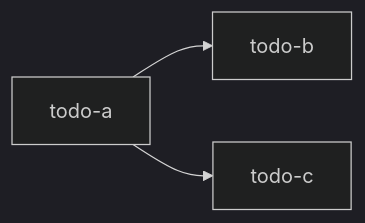
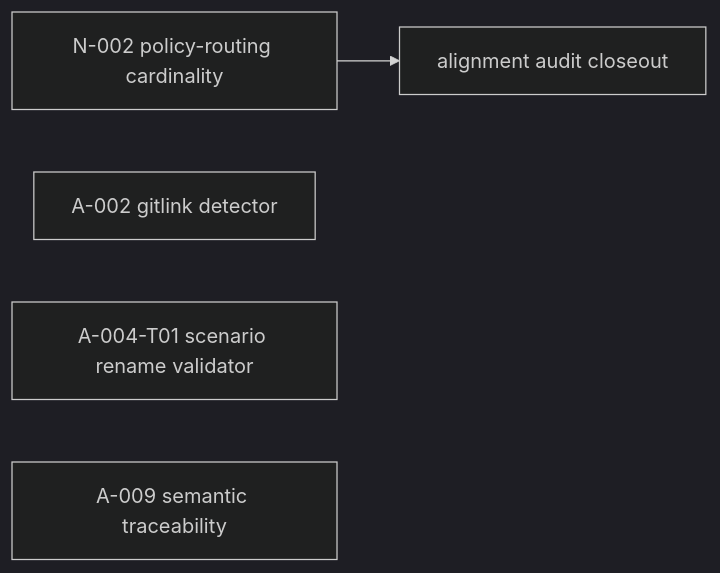
Before and after one commit to ethan-jiang-1/ai_deerflow_deep_research_v2: the diagram in _backlog/todos/README.md, drawn with Mermaid (dark theme). The commit also changed other lines of this file and 18 other files, not shown here.

First line of the commit message:
feat(charter): reconcile policy-routing cardinality + stage-7 re-audit + todos

````diff
--- a/_backlog/todos/README.md
+++ b/_backlog/todos/README.md
@@ -39,5 +40,7 @@
 ```mermaid
 flowchart LR
-  A["todo-a"] --> B["todo-b"]
-  A --> C["todo-c"]
+  N002["N-002 policy-routing cardinality"] --> Close["alignment audit closeout"]
+  A002["A-002 gitlink detector"]
+  T01["A-004-T01 scenario rename validator"]
+  A009["A-009 semantic traceability"]
 ```
````
